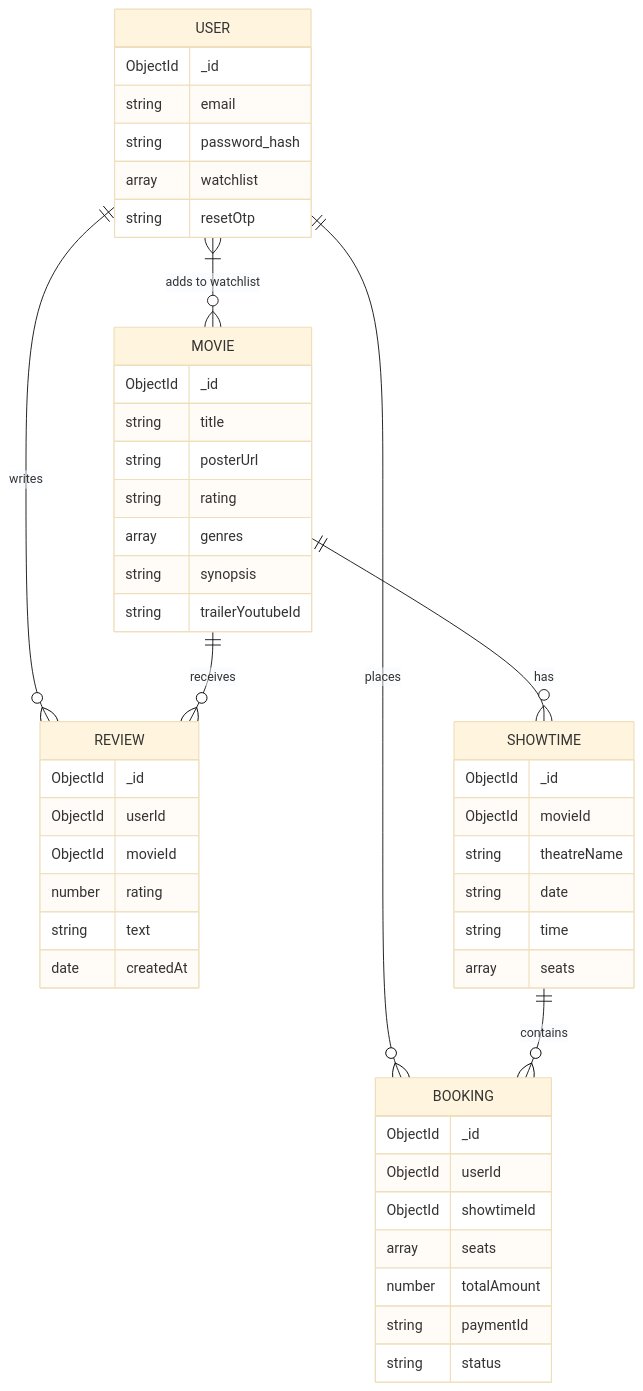
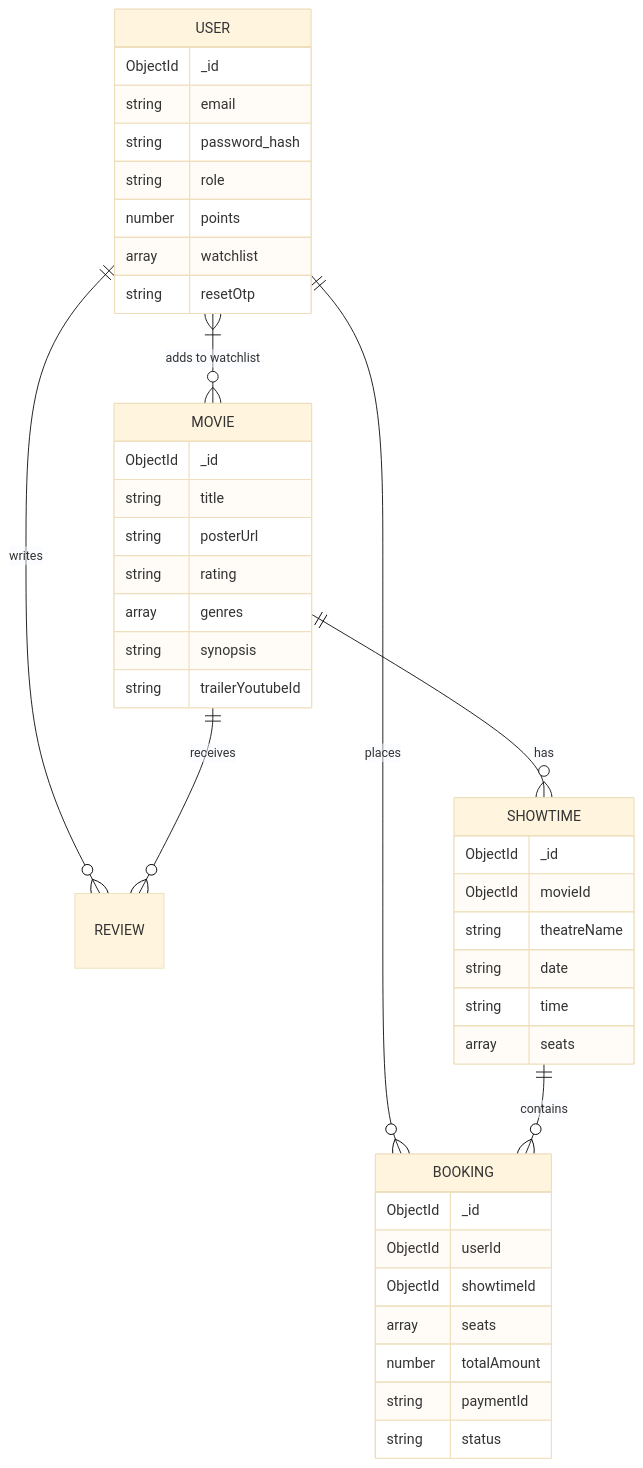
One commit to CODER-7777/CINEMAX changed the third of 3 diagrams in README.md. Above: the diagram before and after it, drawn with Mermaid (base theme). The commit also changed other lines of this file and 16 other files, not shown here.

````diff
--- a/README.md
+++ b/README.md
@@ -76,57 +79,50 @@
 ```mermaid
 erDiagram
     USER ||--o{ BOOKING : "places"
     USER ||--o{ REVIEW : "writes"
     USER }|--o{ MOVIE : "adds to watchlist"
     
     MOVIE ||--o{ SHOWTIME : "has"
     MOVIE ||--o{ REVIEW : "receives"
     
     SHOWTIME ||--o{ BOOKING : "contains"
     
     USER {
         ObjectId _id
         string email
         string password_hash
+        string role
+        number points
         array watchlist
         string resetOtp
     }
     
     MOVIE {
         ObjectId _id
         string title
         string posterUrl
         string rating
         array genres
         string synopsis
         string trailerYoutubeId
     }
     
     SHOWTIME {
         ObjectId _id
         ObjectId movieId
         string theatreName
         string date
         string time
         array seats
     }
     
     BOOKING {
         ObjectId _id
         ObjectId userId
         ObjectId showtimeId
         array seats
         number totalAmount
         string paymentId
         string status
     }
-    
-    REVIEW {
-        ObjectId _id
-        ObjectId userId
-        ObjectId movieId
-        number rating
-        string text
-        date createdAt
-    }
 ```
````
